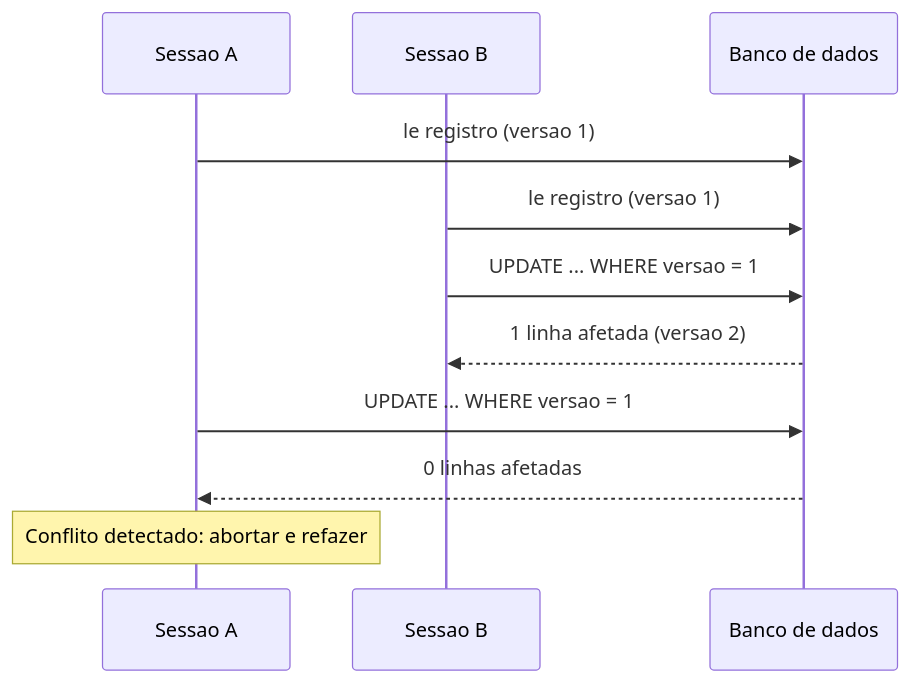
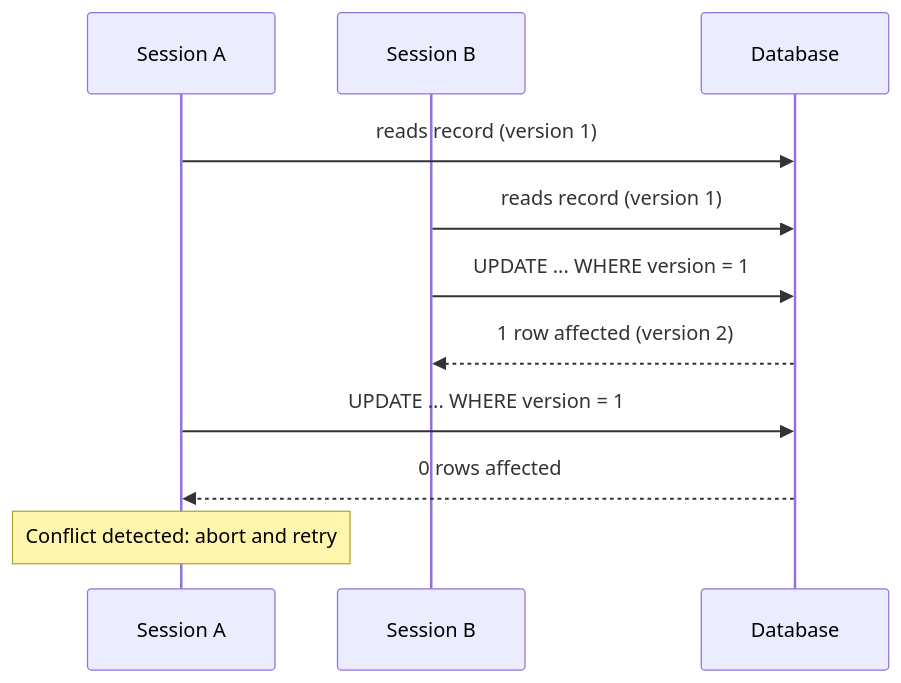
The diagram in docs/application/poeaa/offline-concurrency/optimistic-offline-lock.md (alancesar/design-patterns), drawn with Mermaid before and after one commit. The commit also changed 258 other files, not shown here.

First line of the commit message:
Translate Mermaid diagrams to English

````diff
--- a/docs/application/poeaa/offline-concurrency/optimistic-offline-lock.md
+++ b/docs/application/poeaa/offline-concurrency/optimistic-offline-lock.md
@@ -55,13 +55,13 @@
 ```mermaid
 sequenceDiagram
-    participant A as Sessao A
-    participant B as Sessao B
-    participant DB as Banco de dados
-    A->>DB: le registro (versao 1)
-    B->>DB: le registro (versao 1)
-    B->>DB: UPDATE ... WHERE versao = 1
-    DB-->>B: 1 linha afetada (versao 2)
-    A->>DB: UPDATE ... WHERE versao = 1
-    DB-->>A: 0 linhas afetadas
-    Note over A: Conflito detectado: abortar e refazer
+    participant A as Session A
+    participant B as Session B
+    participant DB as Database
+    A->>DB: reads record (version 1)
+    B->>DB: reads record (version 1)
+    B->>DB: UPDATE ... WHERE version = 1
+    DB-->>B: 1 row affected (version 2)
+    A->>DB: UPDATE ... WHERE version = 1
+    DB-->>A: 0 rows affected
+    Note over A: Conflict detected: abort and retry
 ```
````
